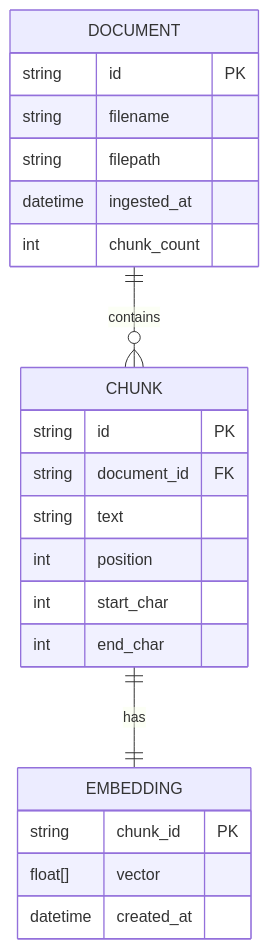
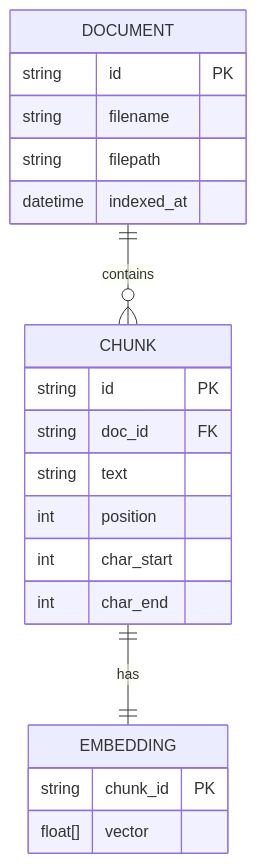
Before and after one commit to jlg-formation/gia-janv-2026: the second of 2 diagrams in docs/05-specifications-techniques.md, drawn with Mermaid. The commit also changed other lines of this file and 6 other files, not shown here.

````diff
--- a/docs/05-specifications-techniques.md
+++ b/docs/05-specifications-techniques.md
@@ -115,25 +129,24 @@
 ```mermaid
 erDiagram
     DOCUMENT ||--o{ CHUNK : contains
-    CHUNK ||--|| EMBEDDING : has
     DOCUMENT {
         string id PK
         string filename
         string filepath
-        datetime ingested_at
-        int chunk_count
+        datetime indexed_at
     }
     CHUNK {
         string id PK
-        string document_id FK
+        string doc_id FK
         string text
         int position
-        int start_char
-        int end_char
+        int char_start
+        int char_end
     }
     EMBEDDING {
         string chunk_id PK
         float[] vector
-        datetime created_at
     }
+
+    CHUNK ||--|| EMBEDDING : has
 ```
````
